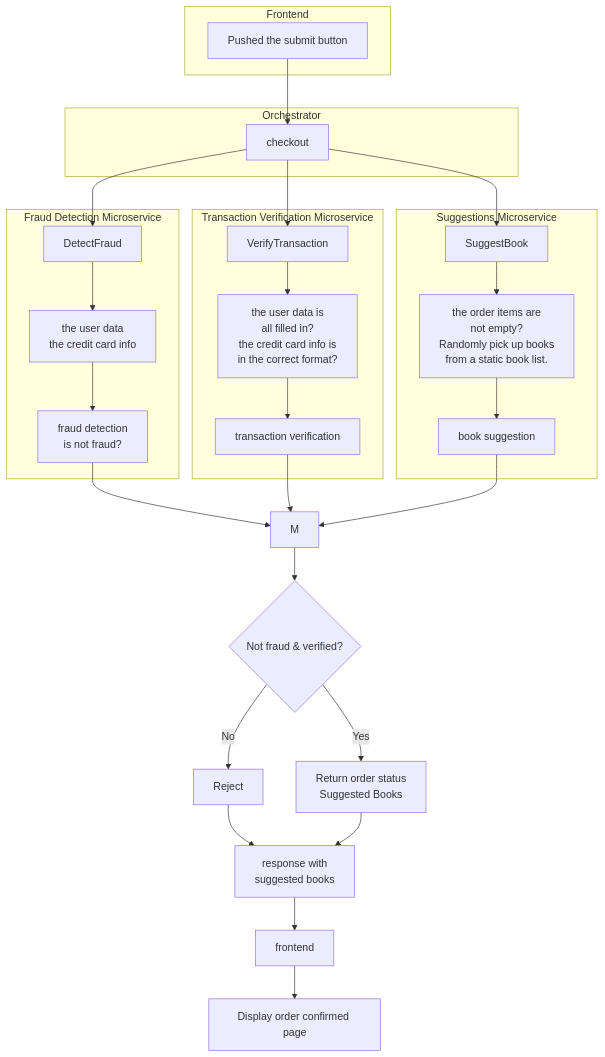
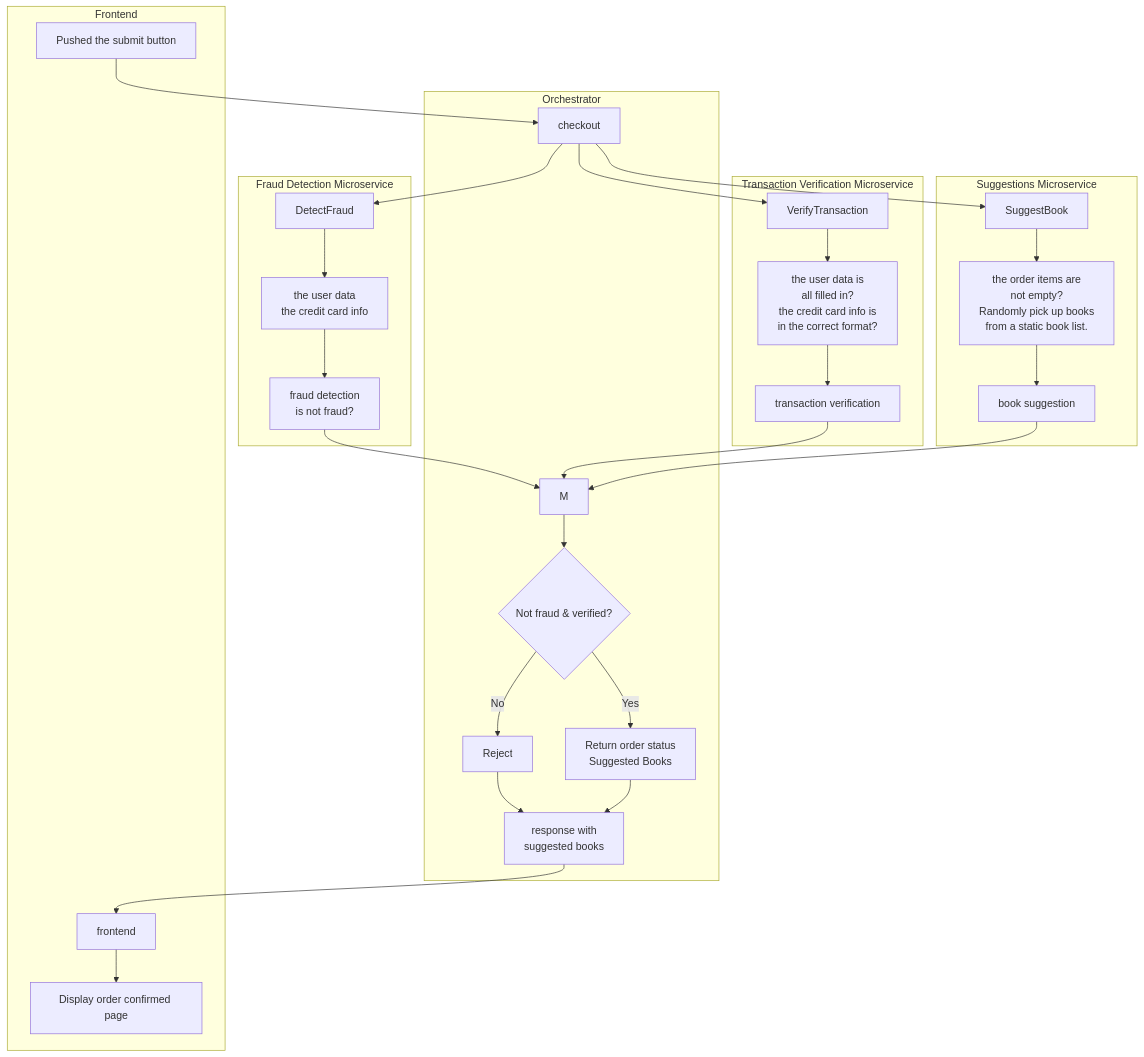
Before and after one commit to mharisirfan/ds-practice-2025: the second of 2 diagrams in README.md, drawn with Mermaid.

Commit message:
Add flowchart for order processing and frontend

````diff
--- a/README.md
+++ b/README.md
@@ -29,45 +29,46 @@
 ```mermaid
 graph TD
     subgraph Frontend
         B[Pushed the submit button]
     end
 
     subgraph Orchestrator
         B --> C[checkout]
     end
 
     subgraph "Fraud Detection Microservice"
         D[DetectFraud] --> G[the user data<br/>the credit card info]
         G --> J[fraud detection<br/>is not fraud?]
     end
 
     subgraph "Transaction Verification Microservice"
         E[VerifyTransaction] --> H[the user data is<br/>all filled in?<br/>the credit card info is<br/>in the correct format?]
         H --> K[transaction verification]
     end
 
     subgraph "Suggestions Microservice"
         F[SuggestBook] --> I[the order items are<br/>not empty?<br/>Randomly pick up books<br/>from a static book list.]
         I --> L[book suggestion]
     end
 
     C --> D
     C --> E
     C --> F
 
     J --> M
     K --> M
     L --> M
 
+    subgraph Orchestrator
     M --> N{Not fraud & verified?}
-
     N -->|No| O[Reject]
     N -->|Yes| P[Return order status<br/>Suggested Books]
-
     O --> Q[response with<br/>suggested books]
     P --> Q
+    end
 
+    subgraph Frontend
     Q --> R[frontend]
-
     R --> S[Display order confirmed page]
+    end
 ```
````
